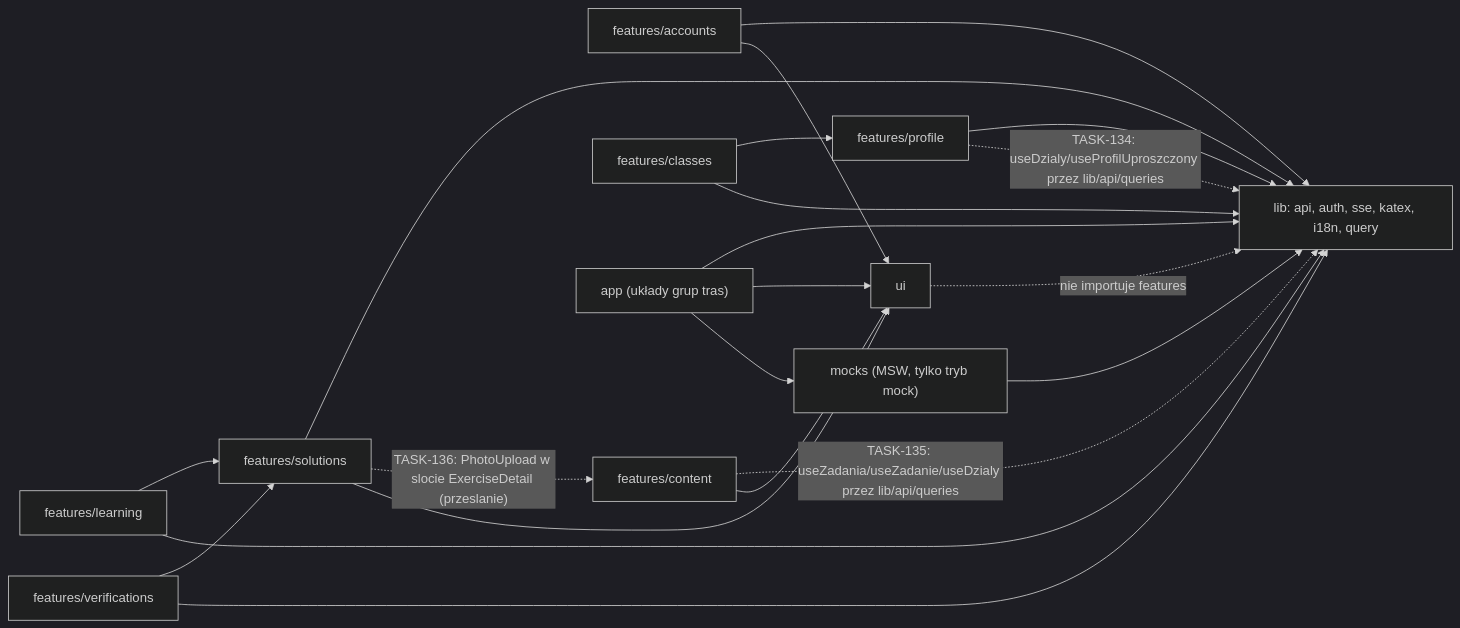
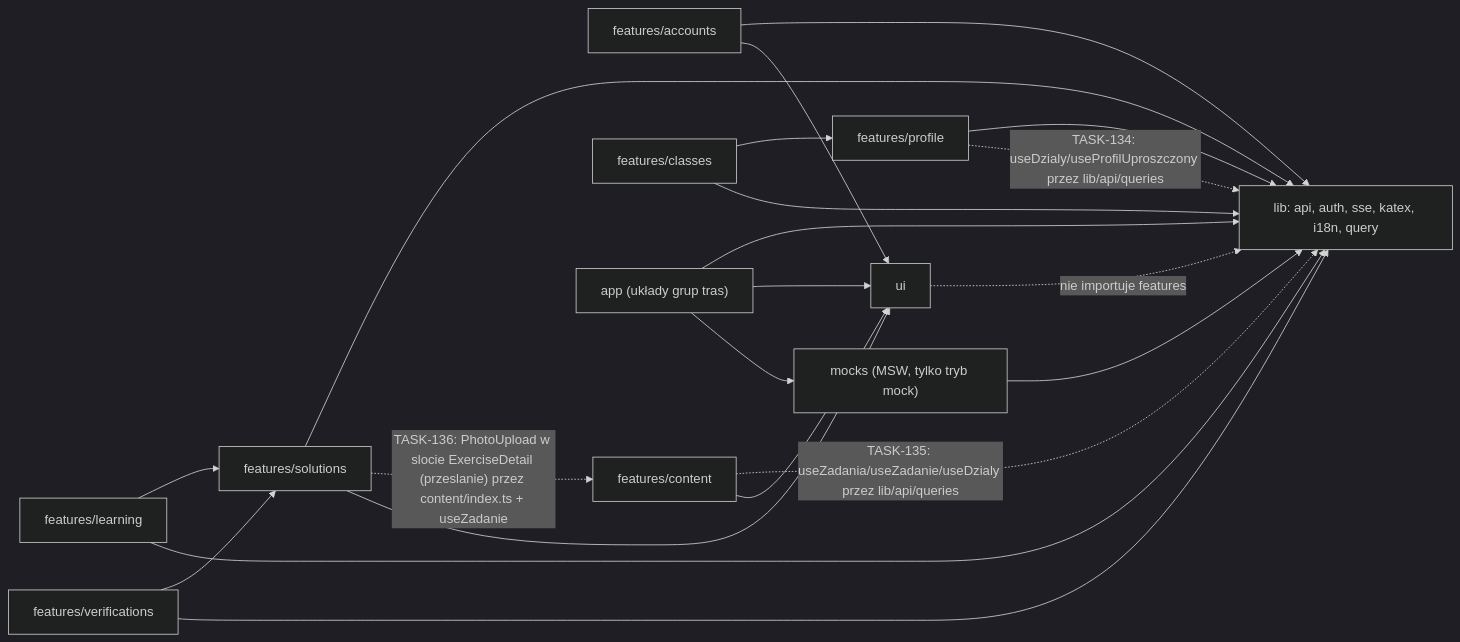
The fourth of 4 diagrams in docs/CODEBASE_MAP.md (misterekkk/lemat), drawn with Mermaid (dark theme) before and after one commit. The commit also changed other lines of this file and 9 other files, not shown here.

First line of the commit message:
feat(TASK-136): solution photo upload with client-side JPEG conversion + updated codebase map & handoff

````diff
--- a/docs/CODEBASE_MAP.md
+++ b/docs/CODEBASE_MAP.md
@@ -272,34 +272,34 @@
 ```mermaid
 flowchart LR
     ACC["features/accounts"]
     LRN["features/learning"]
     SOL["features/solutions"]
     PRF["features/profile"]
     CNT["features/content"]
     CLS["features/classes"]
     VER["features/verifications"]
     LIB["lib: api, auth, sse, katex, i18n, query"]
     MCK["mocks (MSW, tylko tryb mock)"]
     UI["ui"]
     APP["app (układy grup tras)"]
     APP --> LIB
     APP --> UI
     APP --> MCK
     MCK --> LIB
     LRN --> SOL
     CLS --> PRF
     VER --> SOL
     ACC --> LIB
     LRN --> LIB
     SOL --> LIB
     PRF --> LIB
     ACC --> UI
     PRF -. "TASK-134: useDzialy/useProfilUproszczony przez lib/api/queries" .-> LIB
     CNT -. "TASK-135: useZadania/useZadanie/useDzialy przez lib/api/queries" .-> LIB
     CNT --> UI
-    SOL -. "TASK-136: PhotoUpload w slocie ExerciseDetail (przeslanie)" .-> CNT
+    SOL -. "TASK-136: PhotoUpload w slocie ExerciseDetail (przeslanie) przez content/index.ts + useZadanie" .-> CNT
     CLS --> LIB
     VER --> LIB
     SOL --> UI
     UI -. "nie importuje features" .-> LIB
 ```
````
